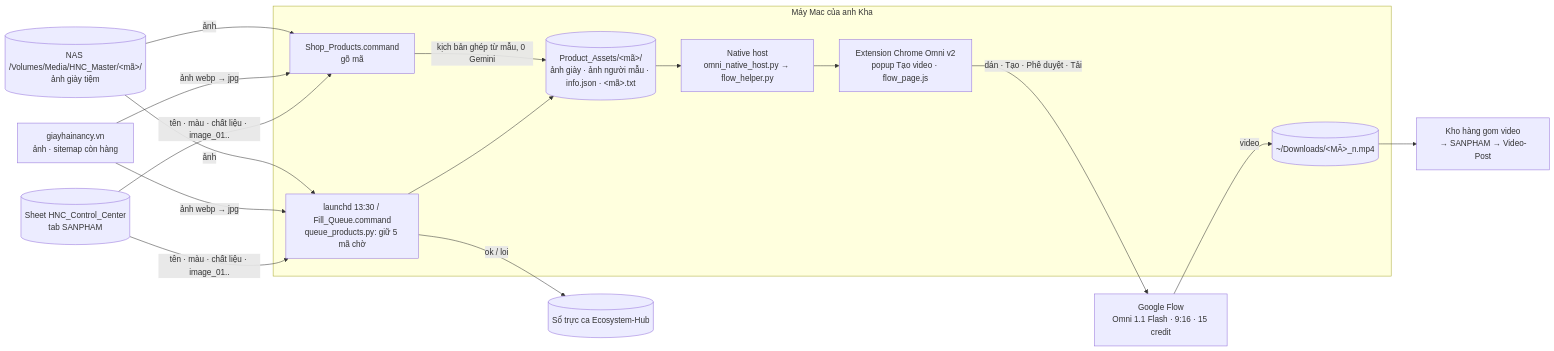
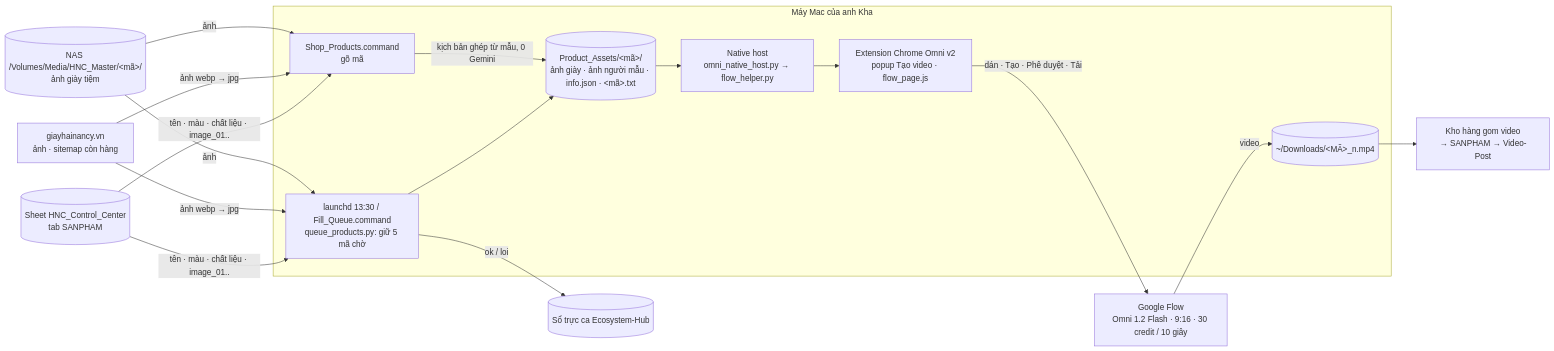
Before and after one commit to ltckha/Omni-Video: the diagram in docs/ARCHITECTURE.md, drawn with Mermaid. The commit also changed 4 other files, not shown here.

First line of the commit message:
fix(flow): keep the download→item map in storage so a video saved after Chrome's Save dialog still gets da_tai; docs to Omni 1.2; v2.0.4

````diff
--- a/docs/ARCHITECTURE.md
+++ b/docs/ARCHITECTURE.md
@@ -8,27 +8,27 @@
 ```mermaid
 flowchart LR
   subgraph MAC[Máy Mac của anh Kha]
     SP[Shop_Products.command<br/>gõ mã]
     Q[launchd 13:30 / Fill_Queue.command<br/>queue_products.py: giữ 5 mã chờ]
     PA[(Product_Assets/&lt;mã&gt;/<br/>ảnh giày · ảnh người mẫu · info.json · &lt;mã&gt;.txt)]
     EXT[Extension Chrome Omni v2<br/>popup Tạo video · flow_page.js]
     NH[Native host<br/>omni_native_host.py → flow_helper.py]
     DL[(~/Downloads/&lt;MÃ&gt;_n.mp4)]
   end
   HNCNAS[(NAS /Volumes/Media/HNC_Master/&lt;mã&gt;/<br/>ảnh giày tiệm)]
   WEB[giayhainancy.vn<br/>ảnh · sitemap còn hàng]
   SANPHAM[(Sheet HNC_Control_Center<br/>tab SANPHAM)]
-  FLOW[Google Flow<br/>Omni 1.1 Flash · 9:16 · 15 credit]
+  FLOW[Google Flow<br/>Omni 1.2 Flash · 9:16 · 30 credit / 10 giây]
   HNC[Kho hàng gom video<br/>→ SANPHAM → Video-Post]
   LOG[(Sổ trực ca Ecosystem-Hub)]
 
   HNCNAS -- ảnh --> SP & Q
   WEB -- ảnh webp → jpg --> SP & Q
   SANPHAM -- tên · màu · chất liệu · image_01.. --> SP & Q
   SP -- kịch bản ghép từ mẫu, 0 Gemini --> PA
   Q --> PA
   Q -- ok / loi --> LOG
   PA --> NH --> EXT -- dán · Tạo · Phê duyệt · Tải --> FLOW
   FLOW -- video --> DL
   DL --> HNC
 ```
````
